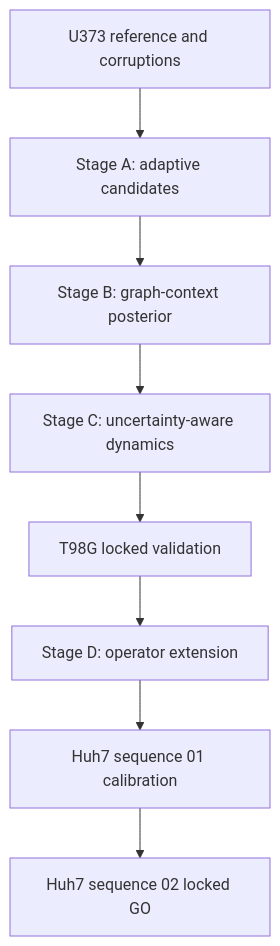
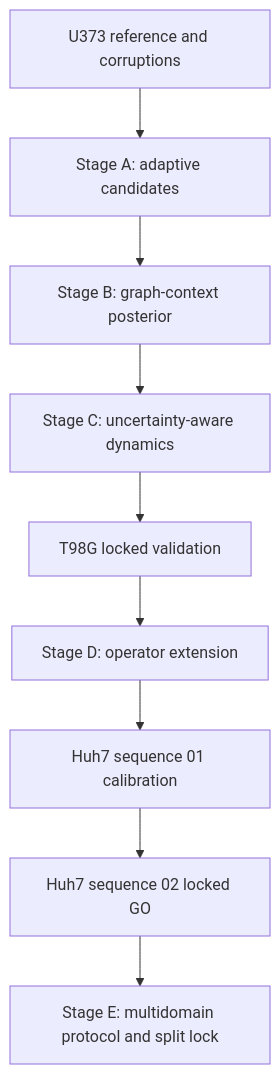
One commit to mohamad679/gbm-tracking-uncertainty changed the diagram in README.md. Above: the diagram before and after it, drawn with Mermaid. The commit also changed other lines of this file and 9 other files, not shown here.

Commit message:
Stage E: lock protocol, datasets, and split

````diff
--- a/README.md
+++ b/README.md
@@ -45,10 +46,11 @@
 ```mermaid
 flowchart TD
     A[U373 reference and corruptions] --> B[Stage A: adaptive candidates]
     B --> C[Stage B: graph-context posterior]
     C --> D[Stage C: uncertainty-aware dynamics]
     D --> E[T98G locked validation]
     E --> F[Stage D: operator extension]
     F --> G[Huh7 sequence 01 calibration]
     G --> H[Huh7 sequence 02 locked GO]
+    H --> I[Stage E: multidomain protocol and split lock]
 ```
````
